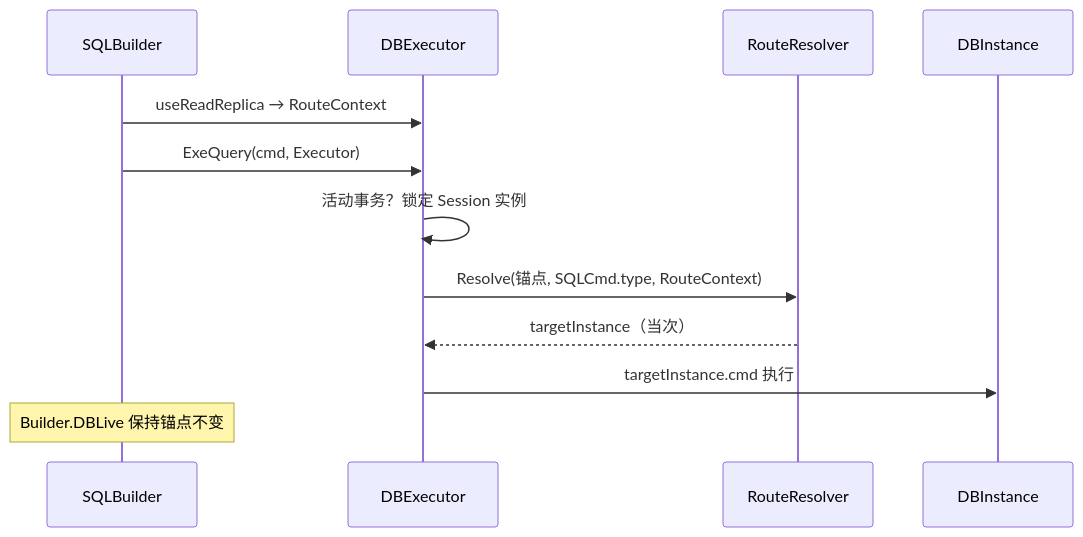
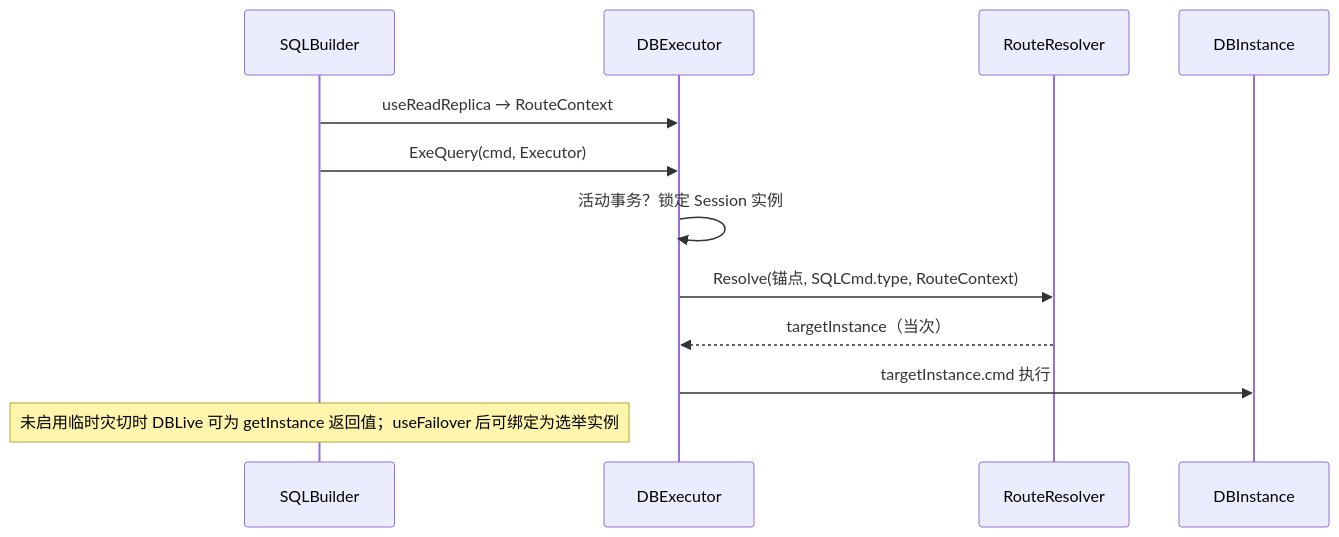
One commit to sailuosi/mooSQL changed the sixth of 6 diagrams in doc/slave/主从与多库功能设计.md. Above: the diagram before and after it, drawn with Mermaid. The commit also changed other lines of this file, not shown here.

````diff
--- a/doc/slave/主从与多库功能设计.md
+++ b/doc/slave/主从与多库功能设计.md
@@ -741,15 +824,15 @@
 ```mermaid
 sequenceDiagram
     participant Kit as SQLBuilder
     participant Exe as DBExecutor
     participant Res as RouteResolver
     participant DB as DBInstance
 
     Kit->>Exe: useReadReplica → RouteContext
     Kit->>Exe: ExeQuery(cmd, Executor)
     Exe->>Exe: 活动事务？锁定 Session 实例
     Exe->>Res: Resolve(锚点, SQLCmd.type, RouteContext)
     Res-->>Exe: targetInstance（当次）
     Exe->>DB: targetInstance.cmd 执行
-    Note over Kit: Builder.DBLive 保持锚点不变
+    Note over Kit: 未启用临时灾切时 DBLive 可为 getInstance 返回值；useFailover 后可绑定为选举实例
 ```
````
